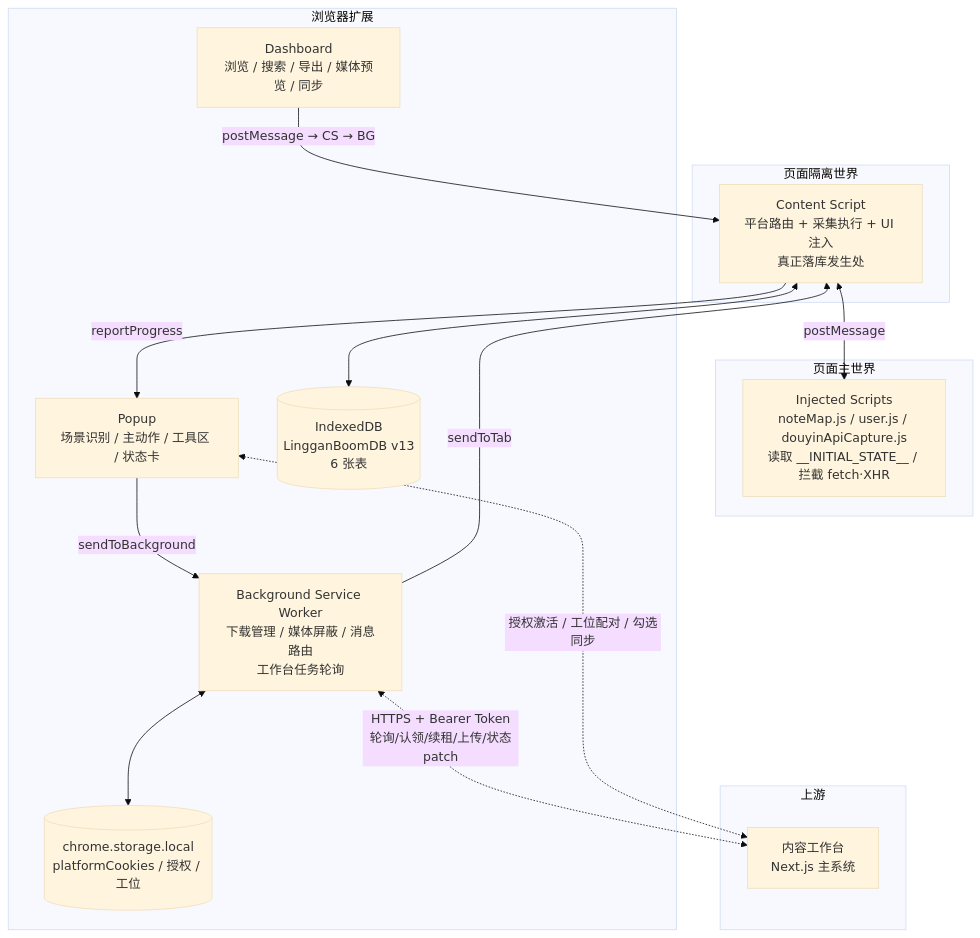
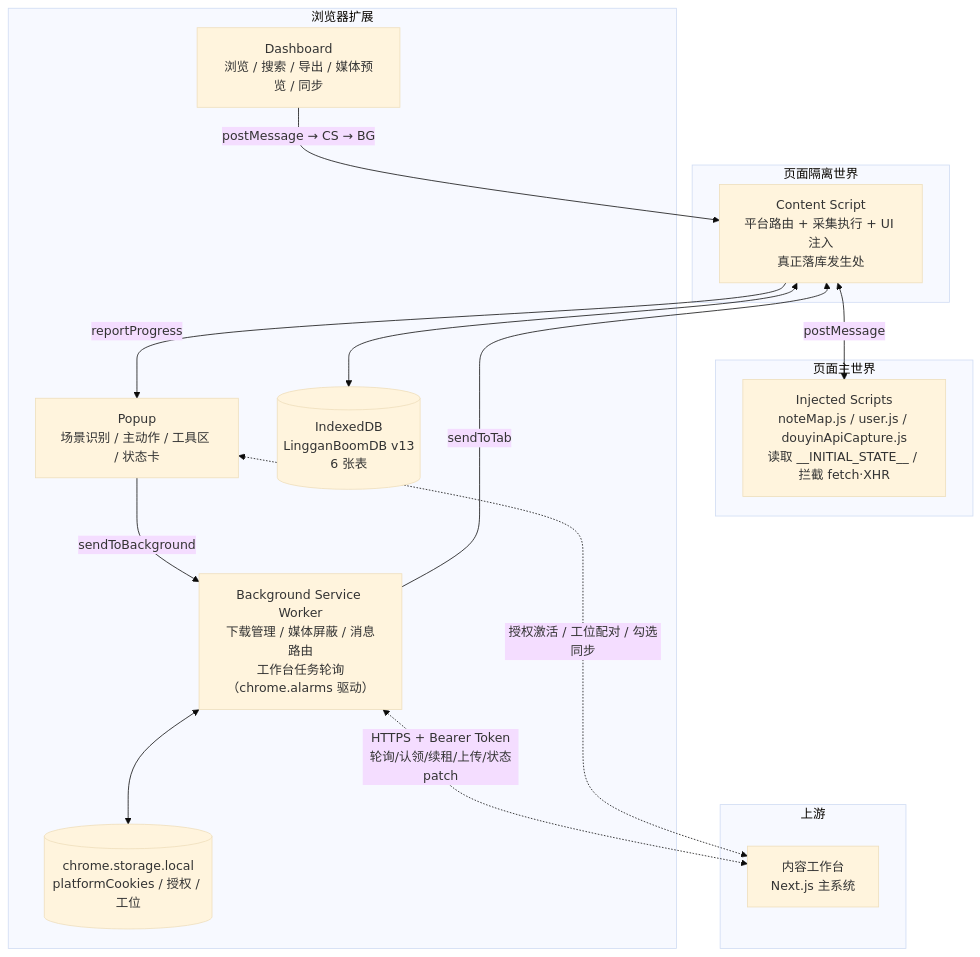
One commit to Himog0921/linggan-boom changed the fourth of 6 diagrams in docs/product/PRD.md. Above: the diagram before and after it, drawn with Mermaid (base theme). The commit also changed other lines of this file and 1 other file, not shown here.

````diff
--- a/docs/product/PRD.md
+++ b/docs/product/PRD.md
@@ -617,29 +609,29 @@
 ```mermaid
 flowchart TB
     subgraph 页面主世界
         INJ["Injected Scripts<br/>noteMap.js / user.js / douyinApiCapture.js<br/>读取 __INITIAL_STATE__ / 拦截 fetch·XHR"]
     end
     subgraph 页面隔离世界
         CS["Content Script<br/>平台路由 + 采集执行 + UI 注入<br/>真正落库发生处"]
     end
     subgraph 浏览器扩展
-        BG["Background Service Worker<br/>下载管理 / 媒体屏蔽 / 消息路由<br/>工作台任务轮询"]
+        BG["Background Service Worker<br/>下载管理 / 媒体屏蔽 / 消息路由<br/>工作台任务轮询（chrome.alarms 驱动）"]
         POP["Popup<br/>场景识别 / 主动作 / 工具区 / 状态卡"]
         DASH["Dashboard<br/>浏览 / 搜索 / 导出 / 媒体预览 / 同步"]
         DB[("IndexedDB<br/>LingganBoomDB v13<br/>6 张表")]
         ST[("chrome.storage.local<br/>platformCookies / 授权 / 工位")]
     end
     subgraph 上游
         CW["内容工作台<br/>Next.js 主系统"]
     end
 
     POP -- "sendToBackground" --> BG
     BG -- "sendToTab" --> CS
     CS -- "reportProgress" --> POP
     CS <-->|postMessage| INJ
     DASH -- "postMessage → CS → BG" --> CS
     CS <--> DB
     BG <--> ST
     BG <-. "HTTPS + Bearer Token<br/>轮询/认领/续租/上传/状态patch" .-> CW
     POP <-. "授权激活 / 工位配对 / 勾选同步" .-> CW
 ```
````
